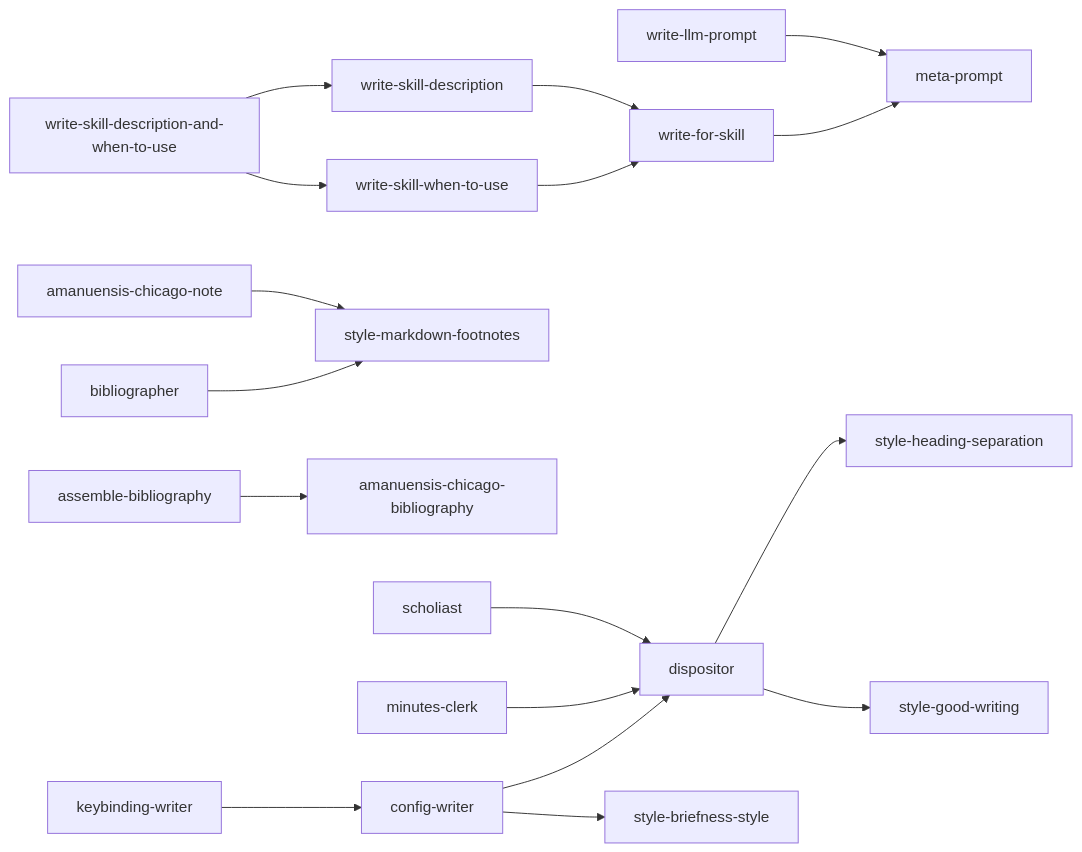
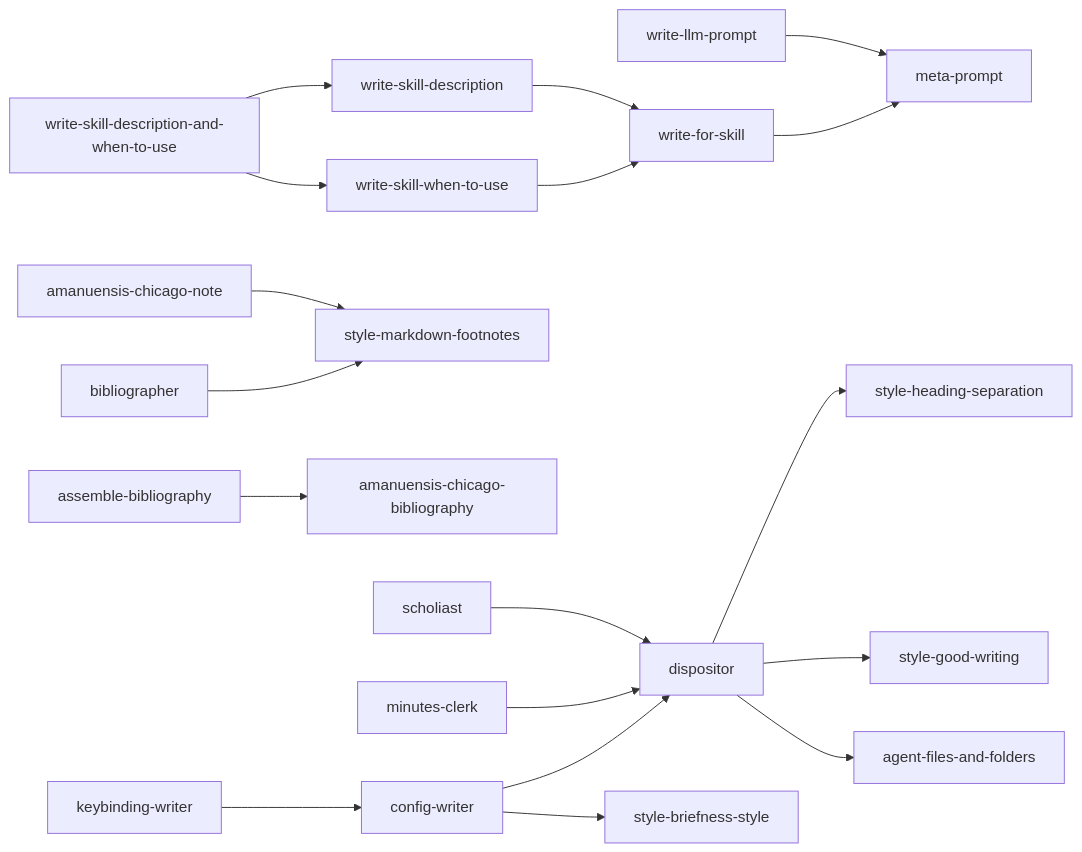
One commit to kami-lel/kaye-library changed the fourth of 10 diagrams in docs/blueprint-doc.md. Above: the diagram before and after it, drawn with Mermaid. The commit also changed other lines of this file and 12 other files, not shown here.

````diff
--- a/docs/blueprint-doc.md
+++ b/docs/blueprint-doc.md
@@ -130,19 +142,20 @@
 ```mermaid
 flowchart LR
     write_llm_prompt["write-llm-prompt"] --> meta_prompt["meta-prompt"]
     write_for_skill["write-for-skill"] --> meta_prompt
     write_skill_description["write-skill-description"] --> write_for_skill
     write_skill_when_to_use["write-skill-when-to-use"] --> write_for_skill
     write_skill_description_and_when_to_use["write-skill-description-and-when-to-use"] --> write_skill_description
     write_skill_description_and_when_to_use --> write_skill_when_to_use
     amanuensis_chicago_note["amanuensis-chicago-note"] --> style_markdown_footnotes["style-markdown-footnotes"]
     bibliographer --> style_markdown_footnotes
     assemble_bibliography["assemble-bibliography"] --> amanuensis_chicago_bibliography["amanuensis-chicago-bibliography"]
     dispositor --> style_heading_separation["style-heading-separation"]
     dispositor --> style_good_writing["style-good-writing"]
+    dispositor --> agent_files_and_folders["agent-files-and-folders"]
     scholiast --> dispositor
     minutes_clerk["minutes-clerk"] --> dispositor
     config_writer["config-writer"] --> dispositor
     config_writer --> style_briefness_style["style-briefness-style"]
     keybinding_writer["keybinding-writer"] --> config_writer
 ```
````
